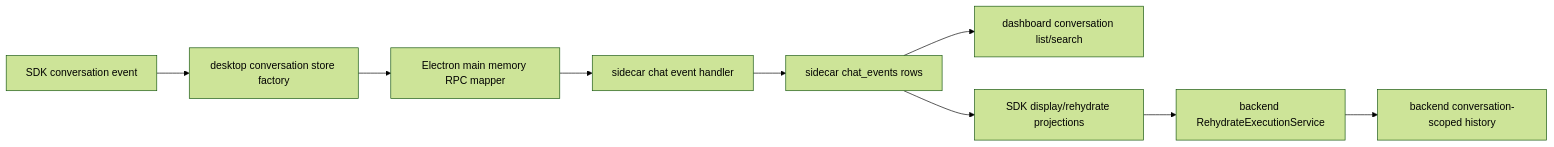
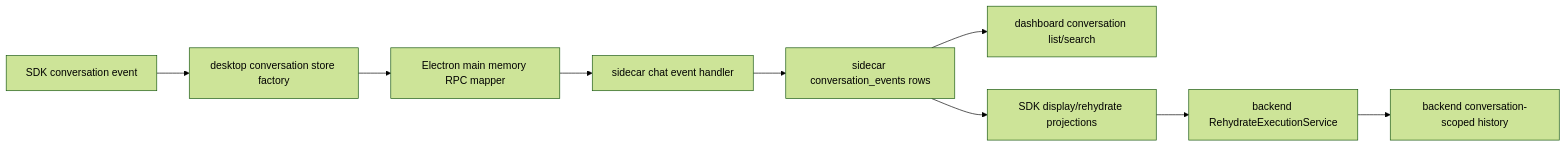
The diagram in docs/memory/transcript_replay_change_workflow.md (buiilding/My_Own_OpenClaw), drawn with Mermaid (forest theme) before and after one commit. The commit also changed other lines of this file and 26 other files, not shown here.

First line of the commit message:
refactor(sidecar): remove legacy chat history storage views

````diff
--- a/docs/memory/transcript_replay_change_workflow.md
+++ b/docs/memory/transcript_replay_change_workflow.md
@@ -18,11 +18,11 @@
 ```mermaid
 flowchart LR
     A["SDK conversation event"] --> B["desktop conversation store factory"]
     B --> C["Electron main memory RPC mapper"]
     C --> D["sidecar chat event handler"]
-    D --> E["sidecar chat_events rows"]
+    D --> E["sidecar conversation_events rows"]
     E --> F["dashboard conversation list/search"]
     E --> G["SDK display/rehydrate projections"]
     G --> I["backend RehydrateExecutionService"]
     I --> J["backend conversation-scoped history"]
 ```
````
